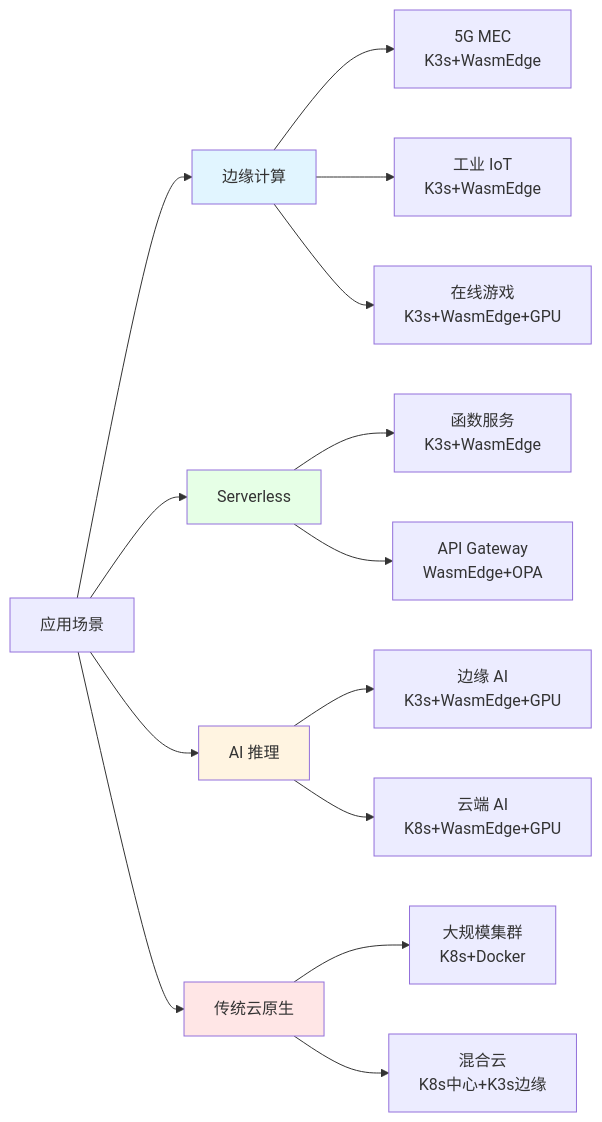
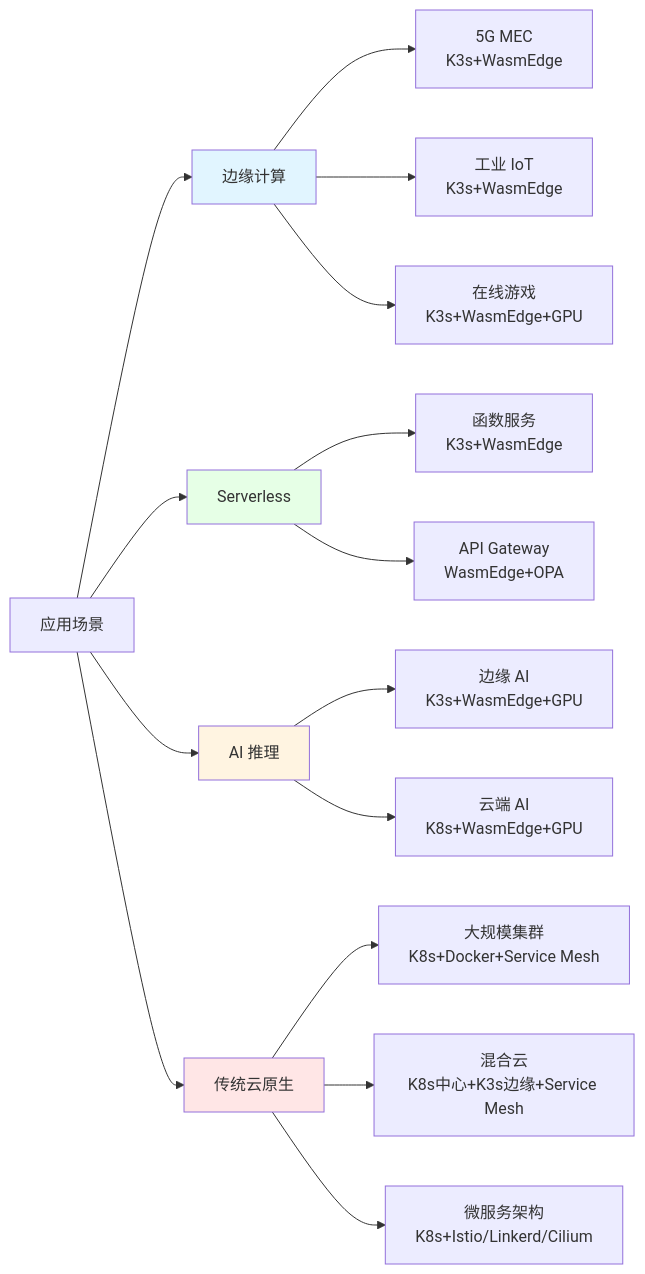
The third of 8 diagrams in docs/COGNITIVE/00-knowledge-map/knowledge-map.md (AdaMartin18010/wasmedge_k3s), drawn with Mermaid before and after one commit. The commit also changed other lines of this file and 197 other files, not shown here.

````diff
--- a/docs/COGNITIVE/00-knowledge-map/knowledge-map.md
+++ b/docs/COGNITIVE/00-knowledge-map/knowledge-map.md
@@ -156,25 +165,26 @@
 ```mermaid
 graph LR
     A[应用场景] --> B[边缘计算]
     A --> C[Serverless]
     A --> D[AI 推理]
     A --> E[传统云原生]
 
     B --> B1[5G MEC<br/>K3s+WasmEdge]
     B --> B2[工业 IoT<br/>K3s+WasmEdge]
     B --> B3[在线游戏<br/>K3s+WasmEdge+GPU]
 
     C --> C1[函数服务<br/>K3s+WasmEdge]
     C --> C2[API Gateway<br/>WasmEdge+OPA]
 
     D --> D1[边缘 AI<br/>K3s+WasmEdge+GPU]
     D --> D2[云端 AI<br/>K8s+WasmEdge+GPU]
 
-    E --> E1[大规模集群<br/>K8s+Docker]
-    E --> E2[混合云<br/>K8s中心+K3s边缘]
+    E --> E1[大规模集群<br/>K8s+Docker+Service Mesh]
+    E --> E2[混合云<br/>K8s中心+K3s边缘+Service Mesh]
+    E --> E3[微服务架构<br/>K8s+Istio/Linkerd/Cilium]
 
     style B fill:#e1f5ff
     style C fill:#e6ffe6
     style D fill:#fff4e1
     style E fill:#ffe6e6
 ```
````
